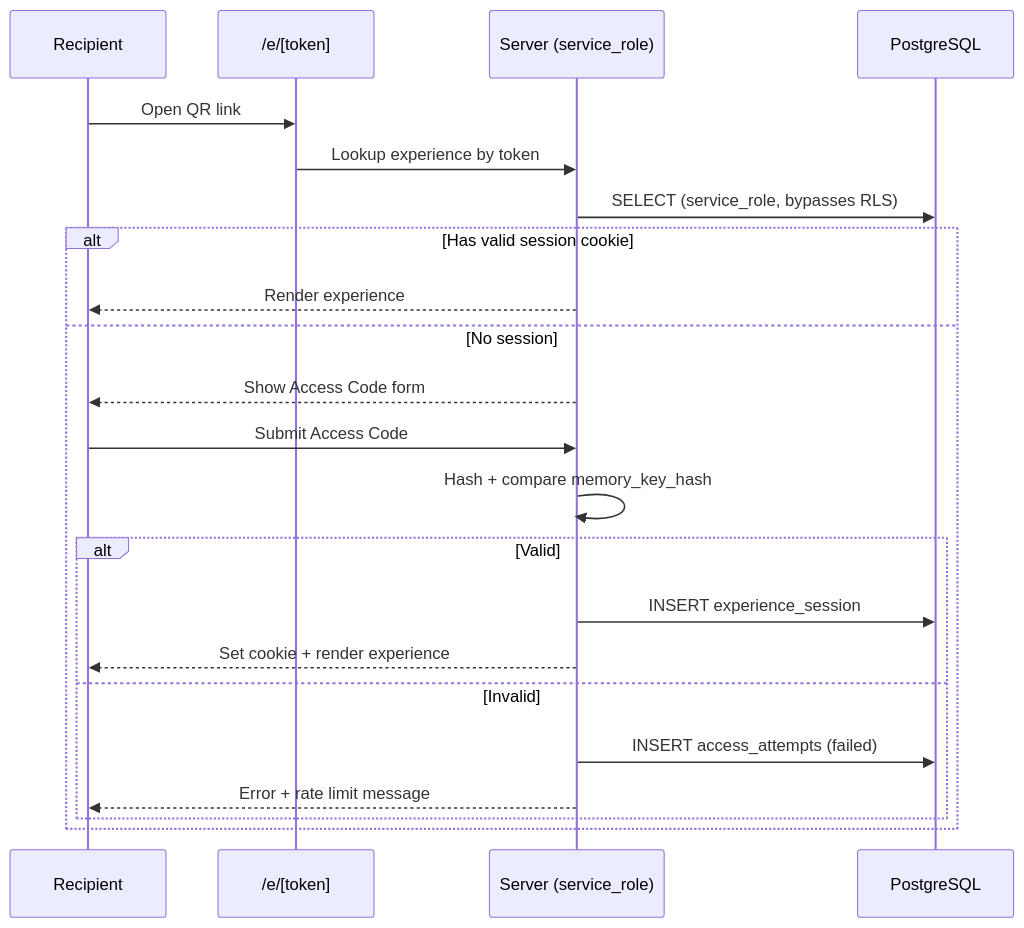
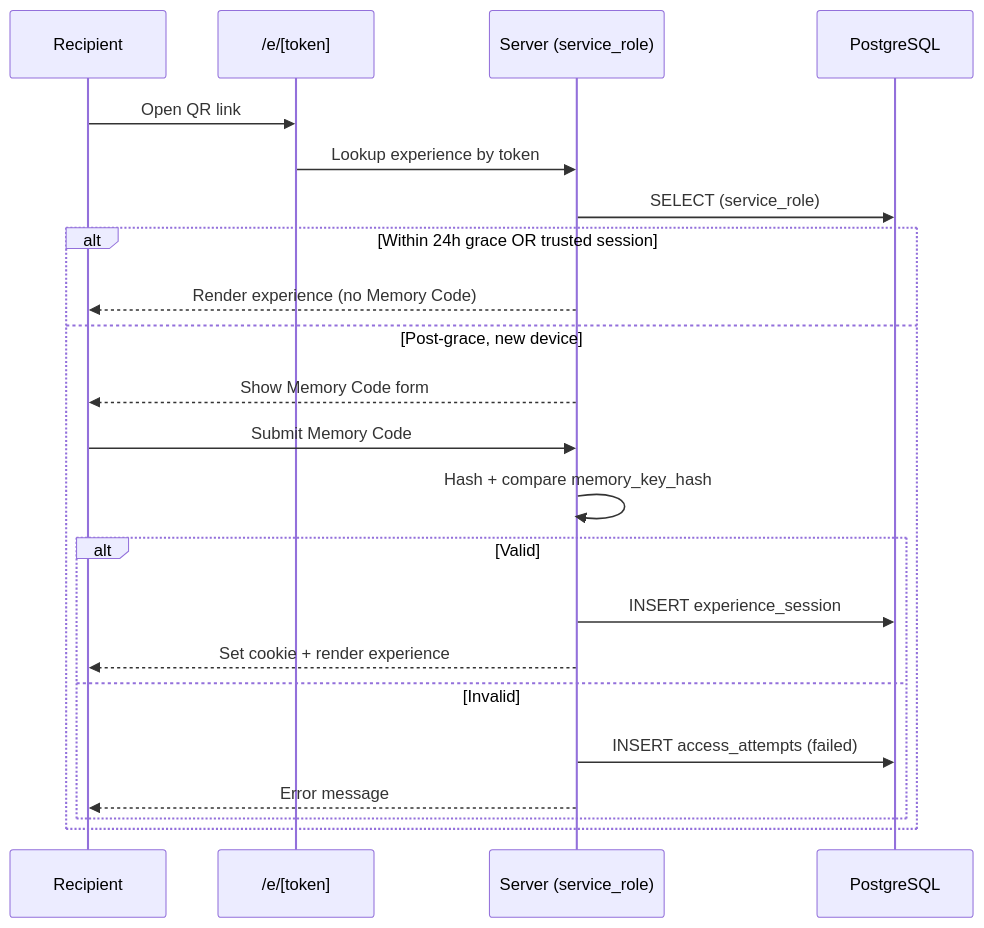
The seventh of 10 diagrams in docs/02_ARCHITECTURE.md (vinoslwly/celebrate-florist), drawn with Mermaid before and after one commit. The commit also changed other lines of this file and 47 other files, not shown here.

````diff
--- a/docs/02_ARCHITECTURE.md
+++ b/docs/02_ARCHITECTURE.md
@@ -282,25 +297,25 @@
 ```mermaid
 sequenceDiagram
     participant R as Recipient
     participant E as /e/[token]
     participant S as Server (service_role)
     participant DB as PostgreSQL
 
     R->>E: Open QR link
     E->>S: Lookup experience by token
-    S->>DB: SELECT (service_role, bypasses RLS)
-    alt Has valid session cookie
-        S-->>R: Render experience
-    else No session
-        S-->>R: Show Access Code form
-        R->>S: Submit Access Code
+    S->>DB: SELECT (service_role)
+    alt Within 24h grace OR trusted session
+        S-->>R: Render experience (no Memory Code)
+    else Post-grace, new device
+        S-->>R: Show Memory Code form
+        R->>S: Submit Memory Code
         S->>S: Hash + compare memory_key_hash
         alt Valid
             S->>DB: INSERT experience_session
             S-->>R: Set cookie + render experience
         else Invalid
             S->>DB: INSERT access_attempts (failed)
-            S-->>R: Error + rate limit message
+            S-->>R: Error message
         end
     end
 ```
````
